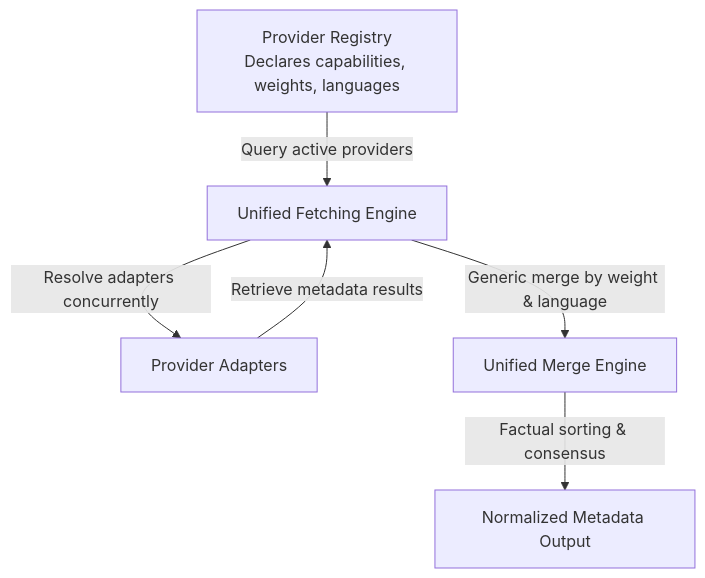
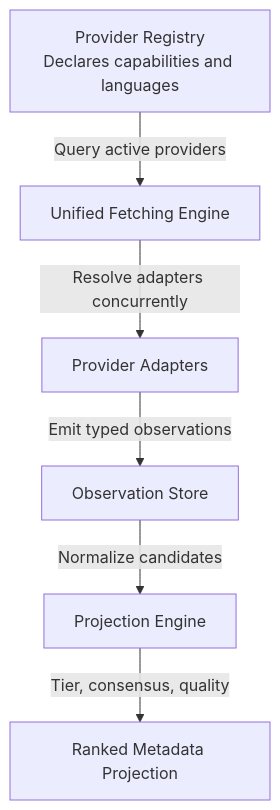
Before and after one commit to clementmoine/Placarr: the diagram in docs/provider_agnostic_architecture.md, drawn with Mermaid. The commit also changed other lines of this file and 3 other files, not shown here.

````diff
--- a/docs/provider_agnostic_architecture.md
+++ b/docs/provider_agnostic_architecture.md
@@ -133,8 +144,8 @@
 ```mermaid
 flowchart TD
-    Registry[Provider Registry\nDeclares capabilities, weights, languages] -->|Query active providers| Engine[Unified Fetching Engine]
+    Registry[Provider Registry\nDeclares capabilities and languages] -->|Query active providers| Engine[Unified Fetching Engine]
     Engine -->|Resolve adapters concurrently| Resolvers[Provider Adapters]
-    Resolvers -->|Retrieve metadata results| Engine
-    Engine -->|Generic merge by weight & language| Merge[Unified Merge Engine]
-    Merge -->|Factual sorting & consensus| Output[Normalized Metadata Output]
+    Resolvers -->|Emit typed observations| Store[Observation Store]
+    Store -->|Normalize candidates| Merge[Projection Engine]
+    Merge -->|Tier, consensus, quality| Output[Ranked Metadata Projection]
 ```
````
